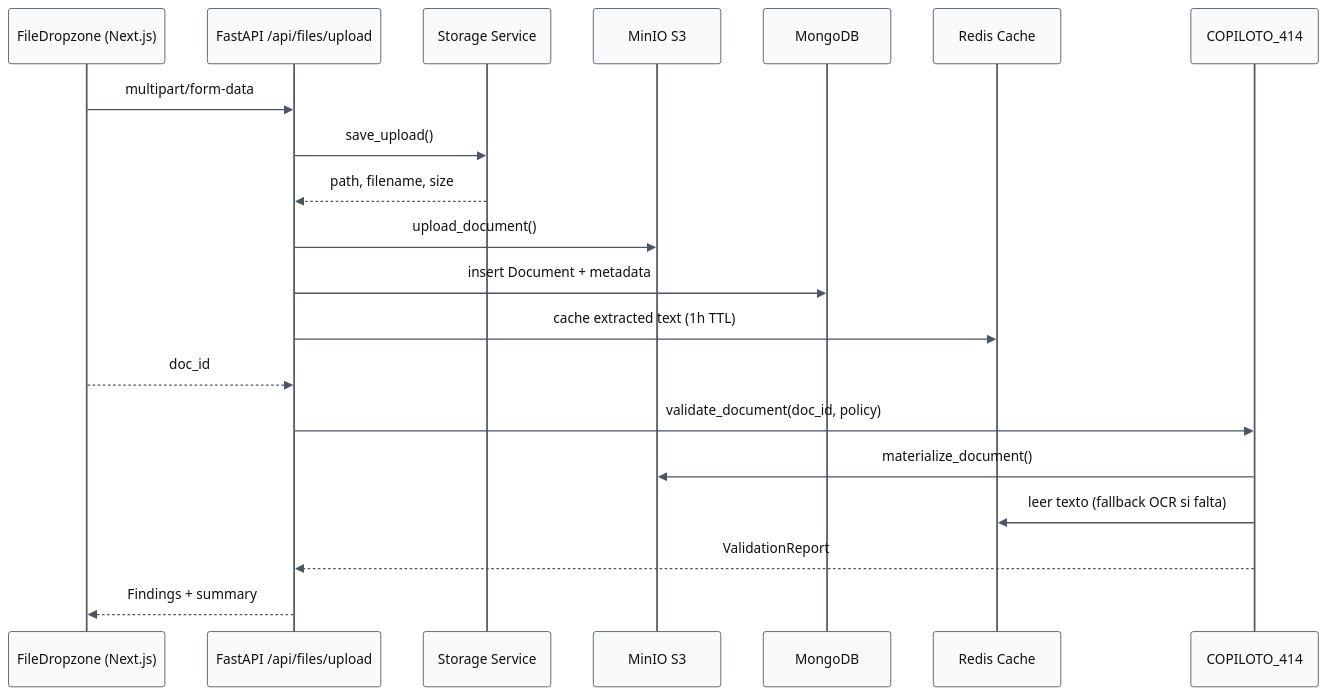
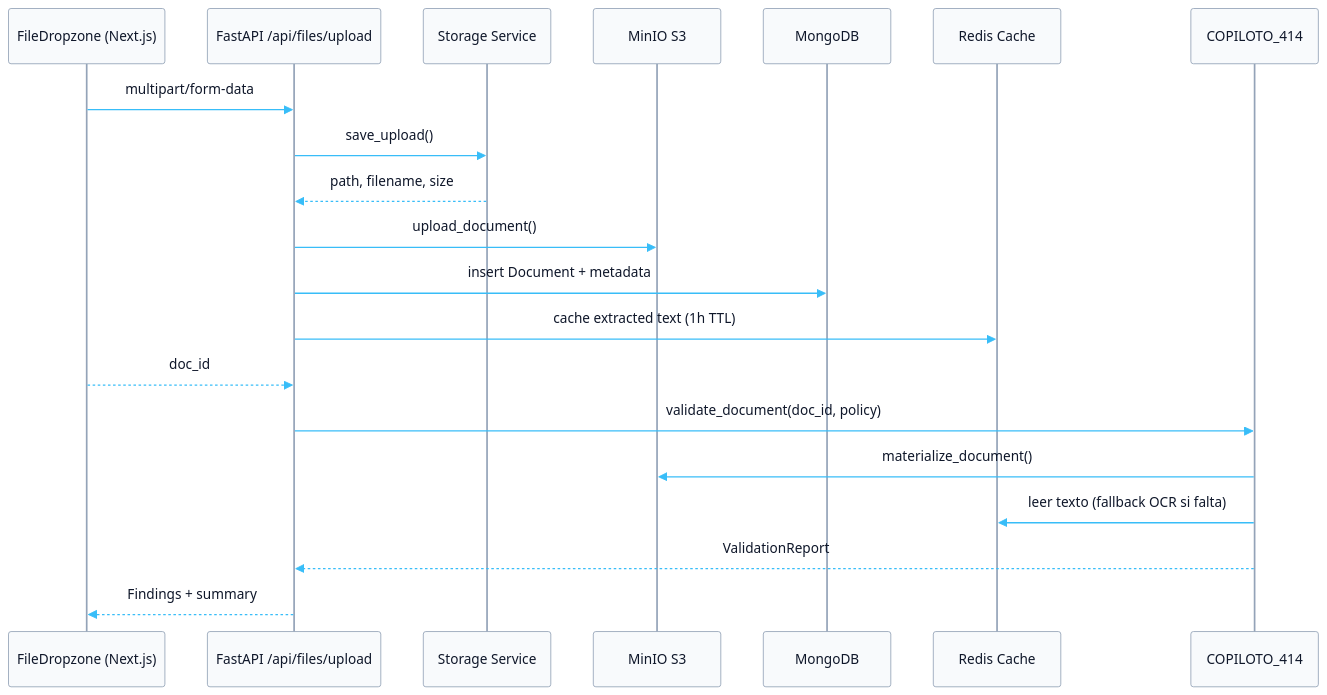
The ninth of 11 diagrams in README.md (saptiva-ai/octavios-chat), drawn with Mermaid before and after one commit. The commit also changed other lines of this file, not shown here.

Commit message:
docs: compact README and refresh diagrams

````diff
--- a/README.md
+++ b/README.md
@@ -1115,24 +1052,24 @@
 ```mermaid
-%%{init: {'theme': 'base', 'themeVariables': {'actorBorder': '#4b5563','actorBkg': '#f9fafb','actorTextColor': '#111111','signalColor': '#4b5563','signalTextColor': '#111111','activationBorderColor': '#4b5563','activationBkgColor': '#d1d5db','sequenceNumberColor': '#4b5563'}}}%%
+%%{init: {'theme': 'base', 'themeVariables': {'actorBorder': '#94a3b8','actorBkg': '#f8fafc','actorTextColor': '#0f172a','signalColor': '#38bdf8','signalTextColor': '#0f172a','activationBorderColor': '#cbd5e1','activationBkgColor': '#e2e8f0','sequenceNumberColor': '#0ea5e9'}}}%%
 sequenceDiagram
     participant Dropzone as FileDropzone (Next.js)
     participant API as FastAPI /api/files/upload
     participant Storage as Storage Service
     participant MinIO as MinIO S3
     participant Mongo as MongoDB
     participant Redis as Redis Cache
     participant Auditor as COPILOTO_414
 
     Dropzone->>API: multipart/form-data
     API->>Storage: save_upload()
     Storage-->>API: path, filename, size
     API->>MinIO: upload_document()
     API->>Mongo: insert Document + metadata
     API->>Redis: cache extracted text (1h TTL)
     Dropzone-->>API: doc_id
     API->>Auditor: validate_document(doc_id, policy)
     Auditor->>MinIO: materialize_document()
     Auditor->>Redis: leer texto (fallback OCR si falta)
     Auditor-->>API: ValidationReport
     API-->>Dropzone: Findings + summary
 ```
````
